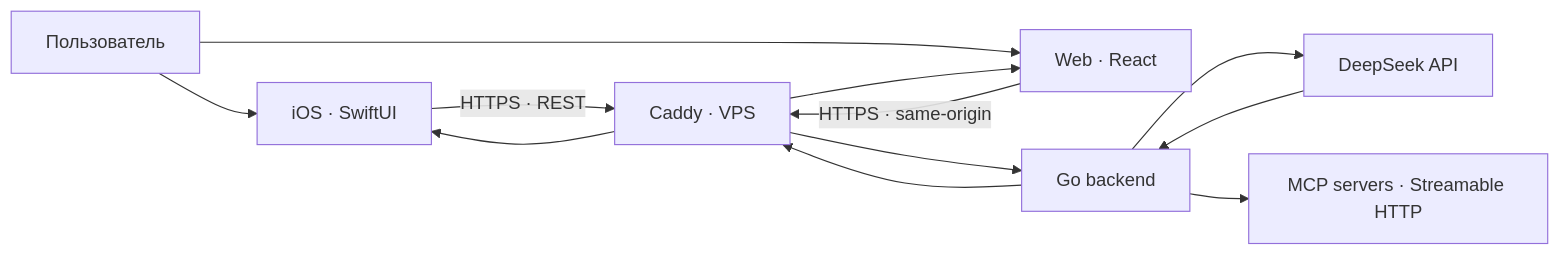
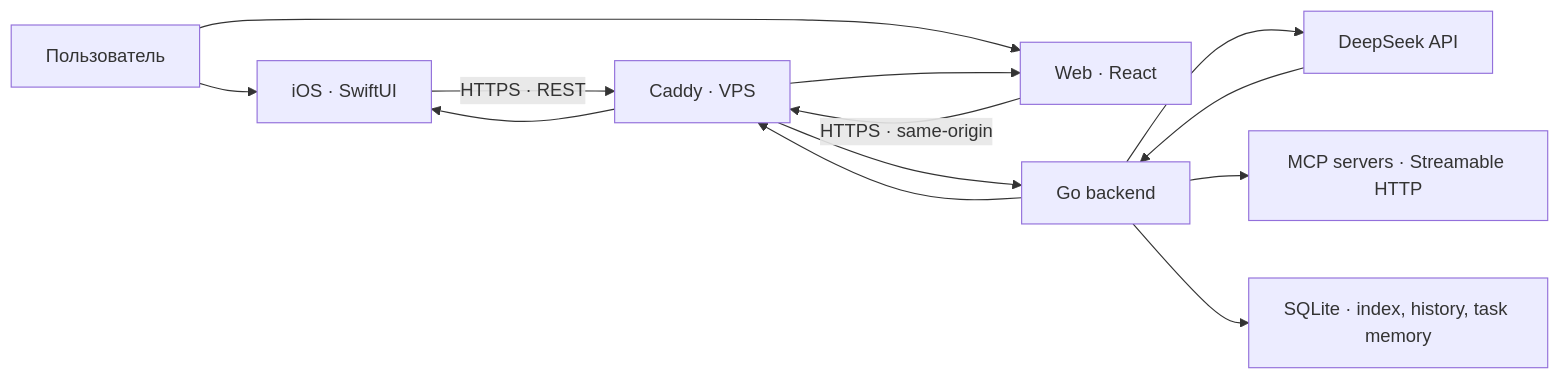
Before and after one commit to eugeneappledev-source/AI-Challenge: the diagram in README.md, drawn with Mermaid. The commit also changed other lines of this file and 13 other files, not shown here.

````diff
--- a/README.md
+++ b/README.md
@@ -67,14 +68,15 @@
 ```mermaid
 flowchart LR
     User["Пользователь"] --> App["iOS · SwiftUI"]
     User --> Web["Web · React"]
     App -->|"HTTPS · REST"| Gateway["Caddy · VPS"]
     Web -->|"HTTPS · same-origin"| Gateway
     Gateway --> API["Go backend"]
     API --> LLM["DeepSeek API"]
     API --> MCP["MCP servers · Streamable HTTP"]
+    API --> DB["SQLite · index, history, task memory"]
     LLM --> API
     API --> Gateway
     Gateway --> App
     Gateway --> Web
 ```
````
